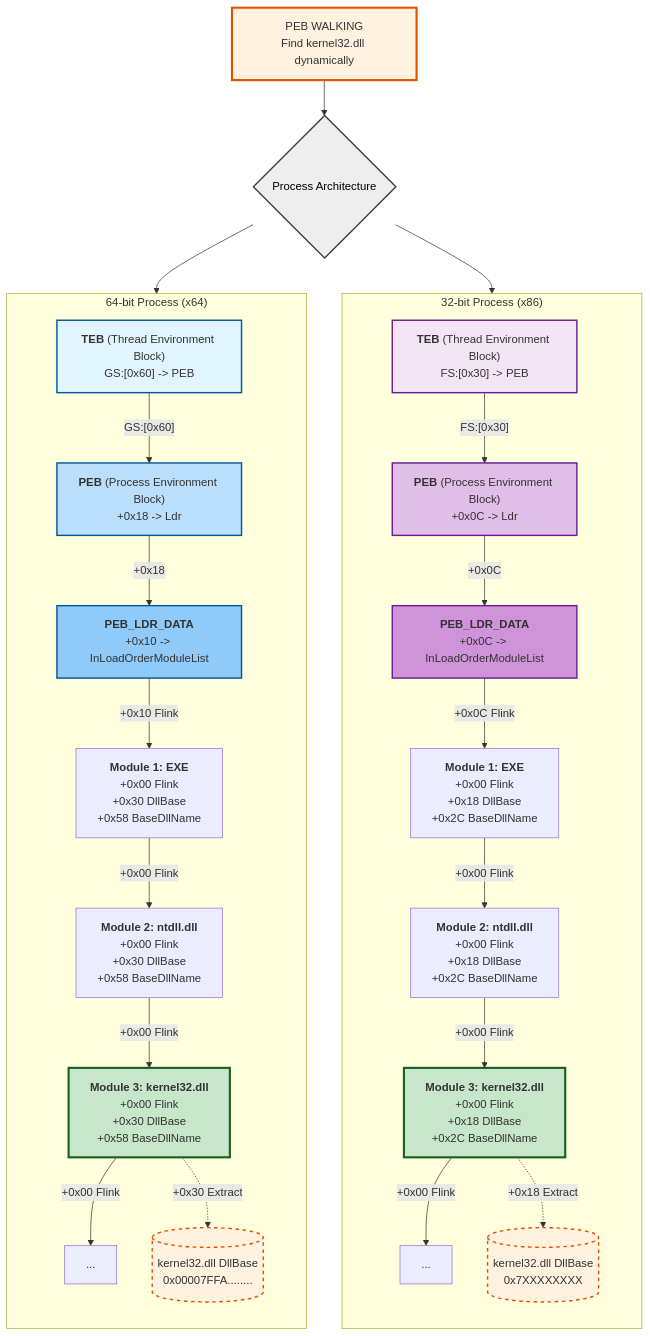
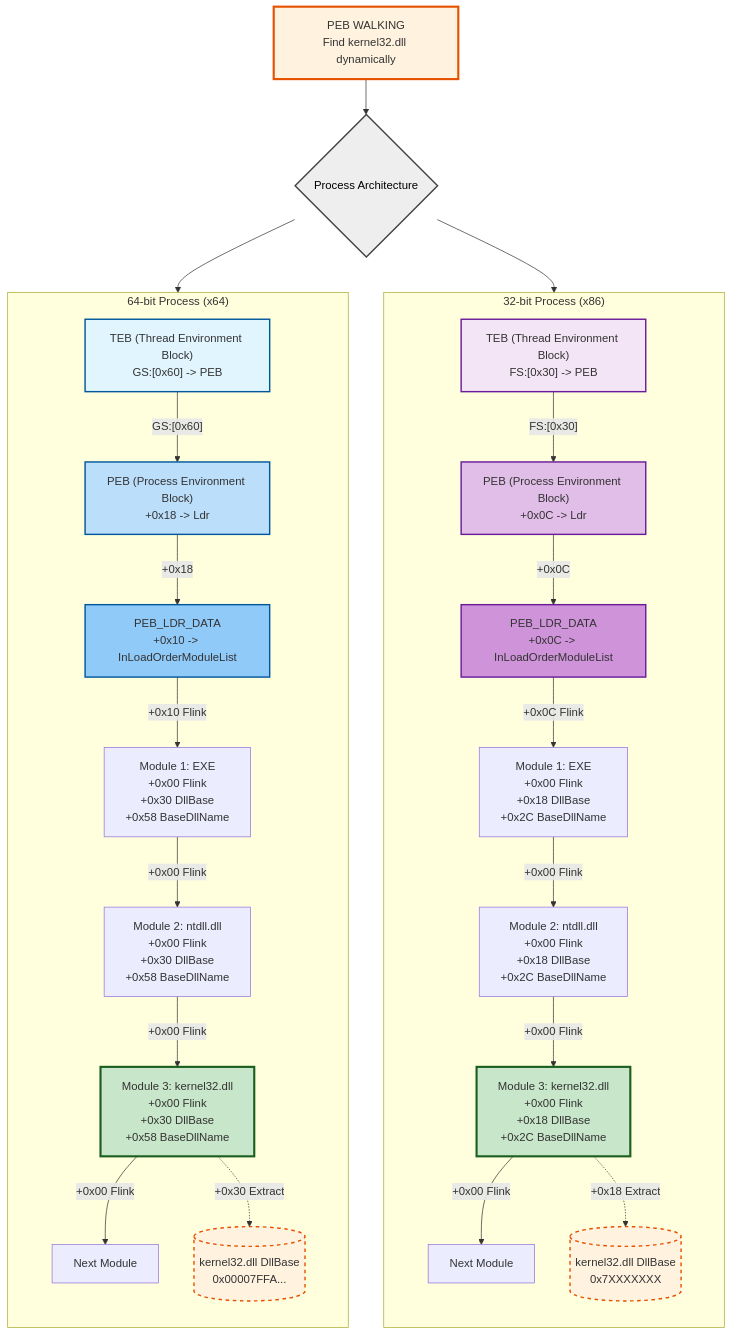
One commit to adolfcna/ATTvDEF changed the second of 2 diagrams in content/Mitre Attack/Resource Development TA0042/Develop Capabilities T1587/Exploit/ShellCode/Windows x64 Assembly.md. Above: the diagram before and after it, drawn with Mermaid.

Commit message:
vault backup: 2026-10-06 22:35:20

````diff
--- a/content/Mitre Attack/Resource Development TA0042/Develop Capabilities T1587/Exploit/ShellCode/Windows x64 Assembly.md
+++ b/content/Mitre Attack/Resource Development TA0042/Develop Capabilities T1587/Exploit/ShellCode/Windows x64 Assembly.md
@@ -162,10 +162,10 @@
 ```mermaid
 flowchart TD
-    START[" PEB WALKING<br/>Find kernel32.dll dynamically"]
+    START["PEB WALKING<br/>Find kernel32.dll dynamically"]
 
     START --> ARCH
 
-    ARCH{" Process Architecture"}
+    ARCH{"Process Architecture"}
 
     ARCH --> X64
     ARCH --> X86
@@ -173,19 +173,19 @@
     %% =========================
     %% X64
     %% =========================
-    subgraph X64[" 64-bit Process (x64)"]
+    subgraph X64["64-bit Process (x64)"]
         direction TB
 
-        TEB64["<b>TEB</b> (Thread Environment Block)<br>GS:[0x60] -> PEB"]
-        PEB64["<b>PEB</b> (Process Environment Block)<br>+0x18 -> Ldr"]
-        LDR64["<b>PEB_LDR_DATA</b><br>+0x10 -> InLoadOrderModuleList"]
+        TEB64["TEB (Thread Environment Block)<br/>GS:[0x60] -> PEB"]
+        PEB64["PEB (Process Environment Block)<br/>+0x18 -> Ldr"]
+        LDR64["PEB_LDR_DATA<br/>+0x10 -> InLoadOrderModuleList"]
 
-        EXE64["<b>Module 1: EXE</b><br>+0x00 Flink<br>+0x30 DllBase<br>+0x58 BaseDllName"]
-        NTDLL64["<b>Module 2: ntdll.dll</b><br>+0x00 Flink<br>+0x30 DllBase<br>+0x58 BaseDllName"]
-        K3264["<b>Module 3: kernel32.dll</b><br>+0x00 Flink<br>+0x30 DllBase<br>+0x58 BaseDllName"]
-        NEXT64["..."]
+        EXE64["Module 1: EXE<br/>+0x00 Flink<br/>+0x30 DllBase<br/>+0x58 BaseDllName"]
+        NTDLL64["Module 2: ntdll.dll<br/>+0x00 Flink<br/>+0x30 DllBase<br/>+0x58 BaseDllName"]
+        K3264["Module 3: kernel32.dll<br/>+0x00 Flink<br/>+0x30 DllBase<br/>+0x58 BaseDllName"]
+        NEXT64["Next Module"]
 
-        BASE64[(" kernel32.dll DllBase<br>0x00007FFA........")]
+        BASE64[("kernel32.dll DllBase<br/>0x00007FFA...")]
 
         TEB64 -->|"GS:[0x60]"| PEB64
         PEB64 -->|"+0x18"| LDR64
@@ -201,19 +201,19 @@
     %% =========================
     %% X86
     %% =========================
-    subgraph X86[" 32-bit Process (x86)"]
+    subgraph X86["32-bit Process (x86)"]
         direction TB
 
-        TEB32["<b>TEB</b> (Thread Environment Block)<br>FS:[0x30] -> PEB"]
-        PEB32["<b>PEB</b> (Process Environment Block)<br>+0x0C -> Ldr"]
-        LDR32["<b>PEB_LDR_DATA</b><br>+0x0C -> InLoadOrderModuleList"]
+        TEB32["TEB (Thread Environment Block)<br/>FS:[0x30] -> PEB"]
+        PEB32["PEB (Process Environment Block)<br/>+0x0C -> Ldr"]
+        LDR32["PEB_LDR_DATA<br/>+0x0C -> InLoadOrderModuleList"]
 
-        EXE32["<b>Module 1: EXE</b><br>+0x00 Flink<br>+0x18 DllBase<br>+0x2C BaseDllName"]
-        NTDLL32["<b>Module 2: ntdll.dll</b><br>+0x00 Flink<br>+0x18 DllBase<br>+0x2C BaseDllName"]
-        K3232["<b>Module 3: kernel32.dll</b><br>+0x00 Flink<br>+0x18 DllBase<br>+0x2C BaseDllName"]
-        NEXT32["..."]
+        EXE32["Module 1: EXE<br/>+0x00 Flink<br/>+0x18 DllBase<br/>+0x2C BaseDllName"]
+        NTDLL32["Module 2: ntdll.dll<br/>+0x00 Flink<br/>+0x18 DllBase<br/>+0x2C BaseDllName"]
+        K3232["Module 3: kernel32.dll<br/>+0x00 Flink<br/>+0x18 DllBase<br/>+0x2C BaseDllName"]
+        NEXT32["Next Module"]
 
-        BASE32[(" kernel32.dll DllBase<br>0x7XXXXXXXX")]
+        BASE32[("kernel32.dll DllBase<br/>0x7XXXXXXX")]
 
         TEB32 -->|"FS:[0x30]"| PEB32
         PEB32 -->|"+0x0C"| LDR32
@@ -237,12 +237,12 @@
     style PEB64 fill:#bbdefb,stroke:#01579b,stroke-width:2px
     style LDR64 fill:#90caf9,stroke:#01579b,stroke-width:2px
     style K3264 fill:#c8e6c9,stroke:#1b5e20,stroke-width:3px
-    style BASE64 fill:#fff3e0,stroke:#e65100,stroke-width:2px,stroke-dasharray: 5 5
+    style BASE64 fill:#fff3e0,stroke:#e65100,stroke-width:2px,stroke-dasharray: 5,5
 
     %% x86 Styles
     style TEB32 fill:#f3e5f5,stroke:#6a1b9a,stroke-width:2px
     style PEB32 fill:#e1bee7,stroke:#6a1b9a,stroke-width:2px
     style LDR32 fill:#ce93d8,stroke:#6a1b9a,stroke-width:2px
     style K3232 fill:#c8e6c9,stroke:#1b5e20,stroke-width:3px
-    style BASE32 fill:#fff3e0,stroke:#e65100,stroke-width:2px,stroke-dasharray: 5 5
+    style BASE32 fill:#fff3e0,stroke:#e65100,stroke-width:2px,stroke-dasharray: 5,5
 ```
````
